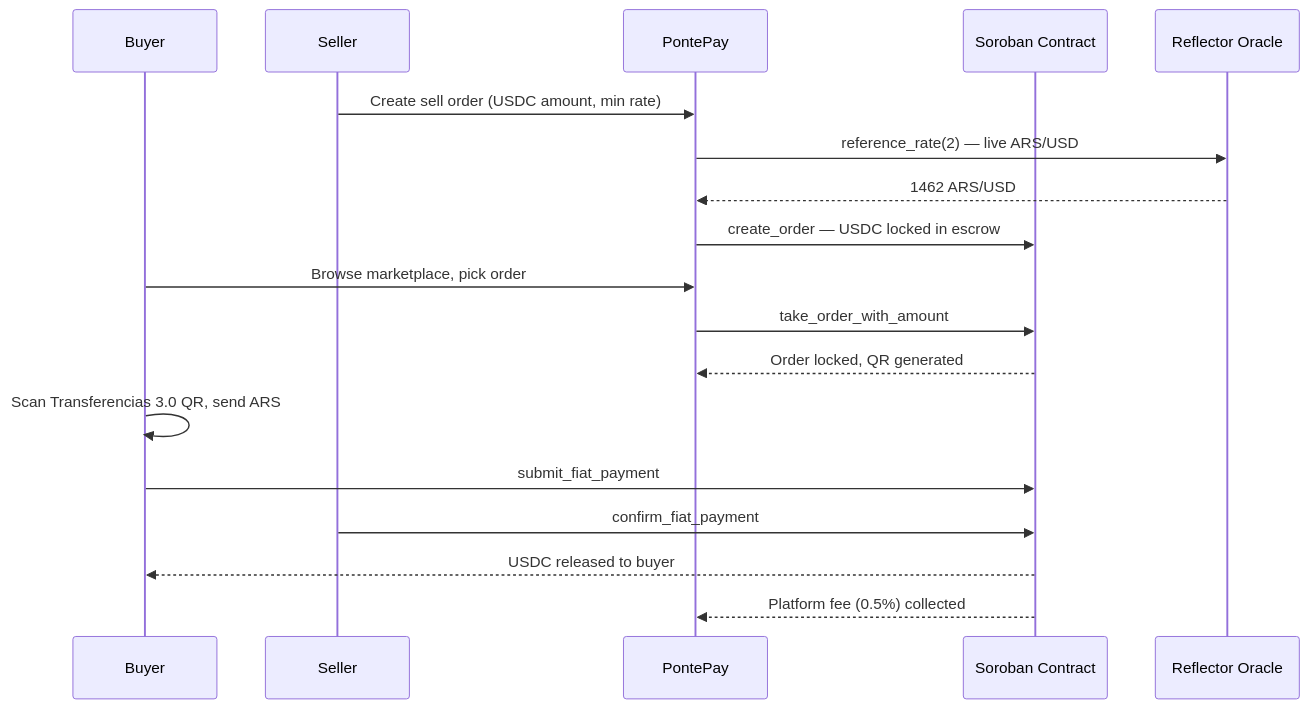
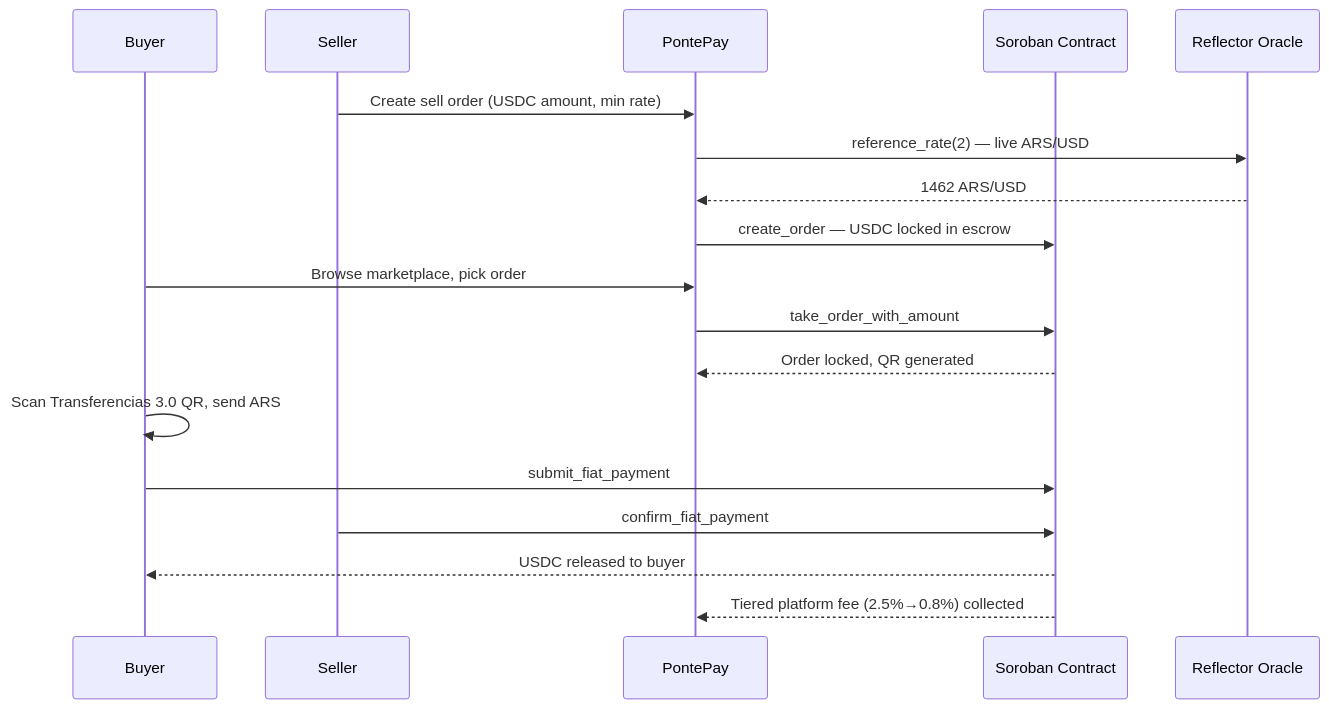
One commit to mariaelisaaraya/pontepay changed the second of 4 diagrams in README.md. Above: the diagram before and after it, drawn with Mermaid. The commit also changed other lines of this file, not shown here.

````diff
--- a/README.md
+++ b/README.md
@@ -187,23 +189,23 @@
 ```mermaid
 sequenceDiagram
     participant B as Buyer
     participant S as Seller
     participant APP as PontePay
     participant CTR as Soroban Contract
     participant ORC as Reflector Oracle
 
     S->>APP: Create sell order (USDC amount, min rate)
     APP->>ORC: reference_rate(2) — live ARS/USD
     ORC-->>APP: 1462 ARS/USD
     APP->>CTR: create_order — USDC locked in escrow
 
     B->>APP: Browse marketplace, pick order
     APP->>CTR: take_order_with_amount
     CTR-->>APP: Order locked, QR generated
 
     B->>B: Scan Transferencias 3.0 QR, send ARS
     B->>CTR: submit_fiat_payment
     S->>CTR: confirm_fiat_payment
     CTR-->>B: USDC released to buyer
-    CTR-->>APP: Platform fee (0.5%) collected
+    CTR-->>APP: Tiered platform fee (2.5%→0.8%) collected
 ```
````
